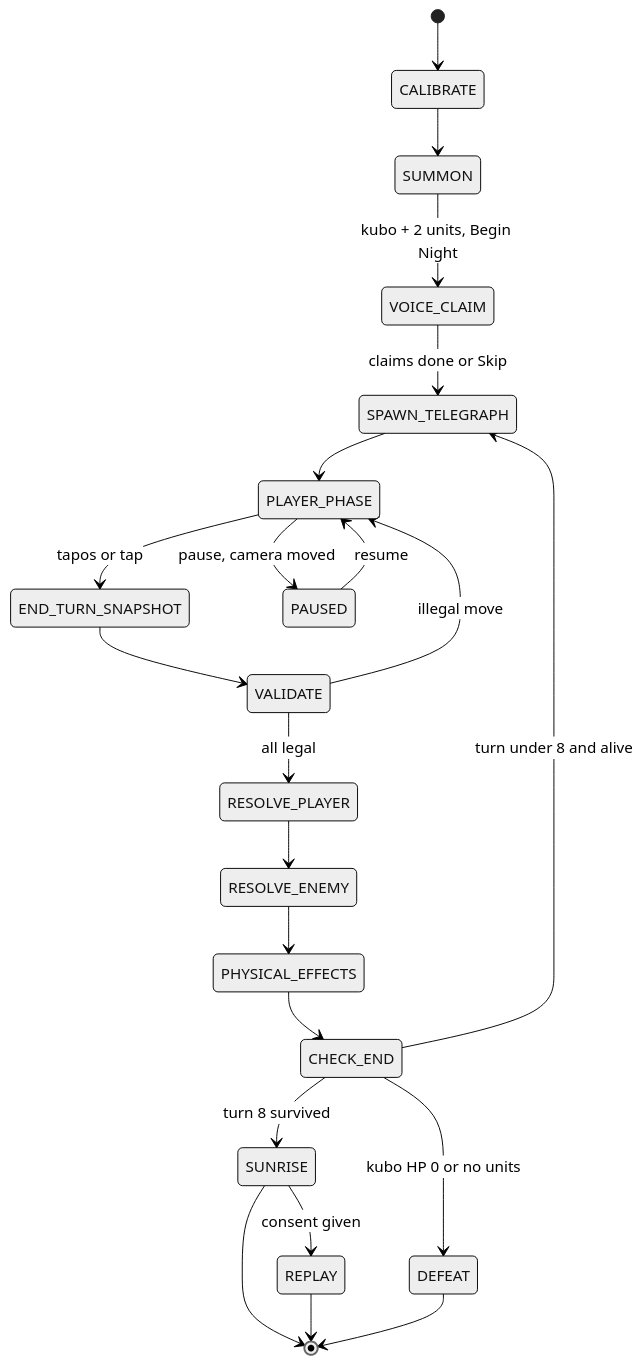
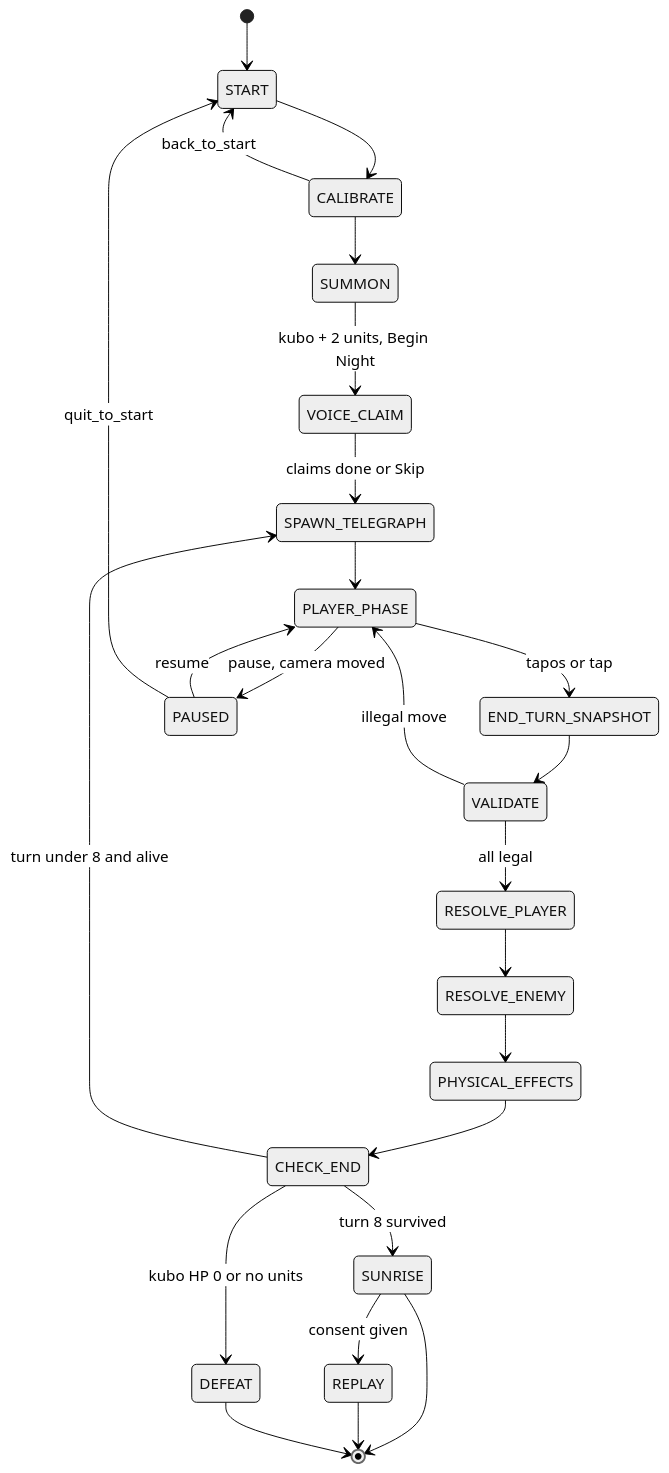
Before and after one commit to EHIBE/DeskTop-Hanggang-Umaga: the diagram in docs/game/state-machine.md, drawn with Mermaid (neutral theme). The commit also changed other lines of this file and 11 other files, not shown here.

````diff
--- a/docs/game/state-machine.md
+++ b/docs/game/state-machine.md
@@ -28,24 +28,27 @@
 ```mermaid
 stateDiagram-v2
-  [*] --> CALIBRATE
+  [*] --> START
+  START --> CALIBRATE
+  CALIBRATE --> START: back_to_start
   CALIBRATE --> SUMMON
   SUMMON --> VOICE_CLAIM: kubo + 2 units, Begin Night
   VOICE_CLAIM --> SPAWN_TELEGRAPH: claims done or Skip
   SPAWN_TELEGRAPH --> PLAYER_PHASE
   PLAYER_PHASE --> END_TURN_SNAPSHOT: tapos or tap
   END_TURN_SNAPSHOT --> VALIDATE
   VALIDATE --> PLAYER_PHASE: illegal move
   VALIDATE --> RESOLVE_PLAYER: all legal
   RESOLVE_PLAYER --> RESOLVE_ENEMY
   RESOLVE_ENEMY --> PHYSICAL_EFFECTS
   PHYSICAL_EFFECTS --> CHECK_END
   CHECK_END --> SPAWN_TELEGRAPH: turn under 8 and alive
   CHECK_END --> SUNRISE: turn 8 survived
   CHECK_END --> DEFEAT: kubo HP 0 or no units
   SUNRISE --> REPLAY: consent given
   SUNRISE --> [*]
   REPLAY --> [*]
   DEFEAT --> [*]
   PLAYER_PHASE --> PAUSED: pause, camera moved
   PAUSED --> PLAYER_PHASE: resume
+  PAUSED --> START: quit_to_start
 ```
````
